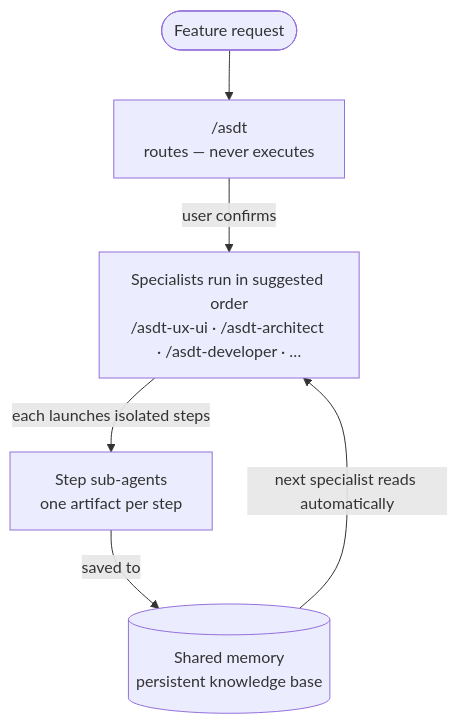
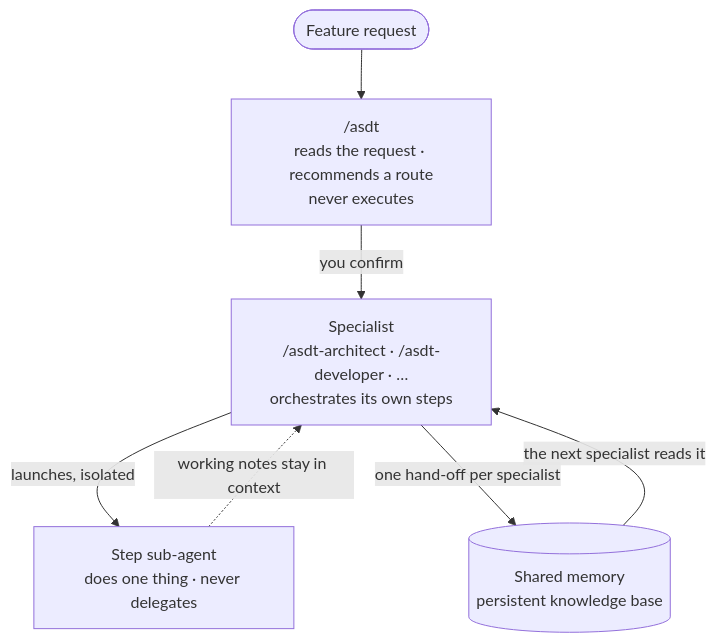
The diagram in README.md (vitualizz/asdt), drawn with Mermaid before and after one commit. The commit also changed other lines of this file and 29 other files, not shown here.

````diff
--- a/README.md
+++ b/README.md
@@ -69,11 +71,12 @@
 ```mermaid
 flowchart TD
     req([Feature request]) --> asdt
-    asdt["/asdt\nroutes — never executes"]
-    asdt -->|user confirms| specialists
-    specialists["Specialists run in suggested order\n/asdt-ux-ui · /asdt-architect · /asdt-developer · …"]
-    specialists -->|each launches isolated steps| steps
-    steps["Step sub-agents\none artifact per step"]
-    steps -->|saved to| engram[(Shared memory\npersistent knowledge base)]
-    engram -->|next specialist reads automatically| specialists
+    asdt["/asdt\nreads the request · recommends a route\nnever executes"]
+    asdt -->|you confirm| specialists
+    specialists["Specialist\n/asdt-architect · /asdt-developer · …\norchestrates its own steps"]
+    specialists -->|launches, isolated| steps
+    steps["Step sub-agent\ndoes one thing · never delegates"]
+    steps -.->|working notes stay in context| specialists
+    specialists -->|one hand-off per specialist| engram[(Shared memory\npersistent knowledge base)]
+    engram -->|the next specialist reads it| specialists
 ```
````
